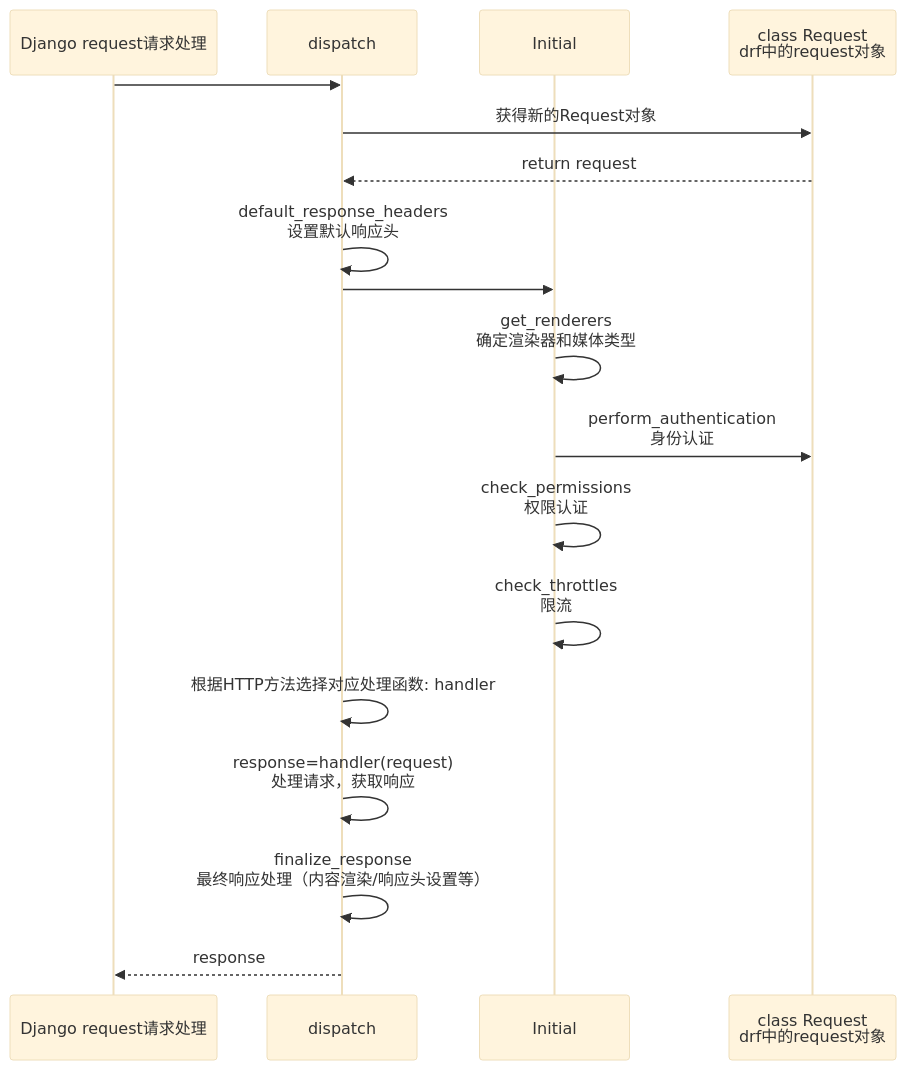
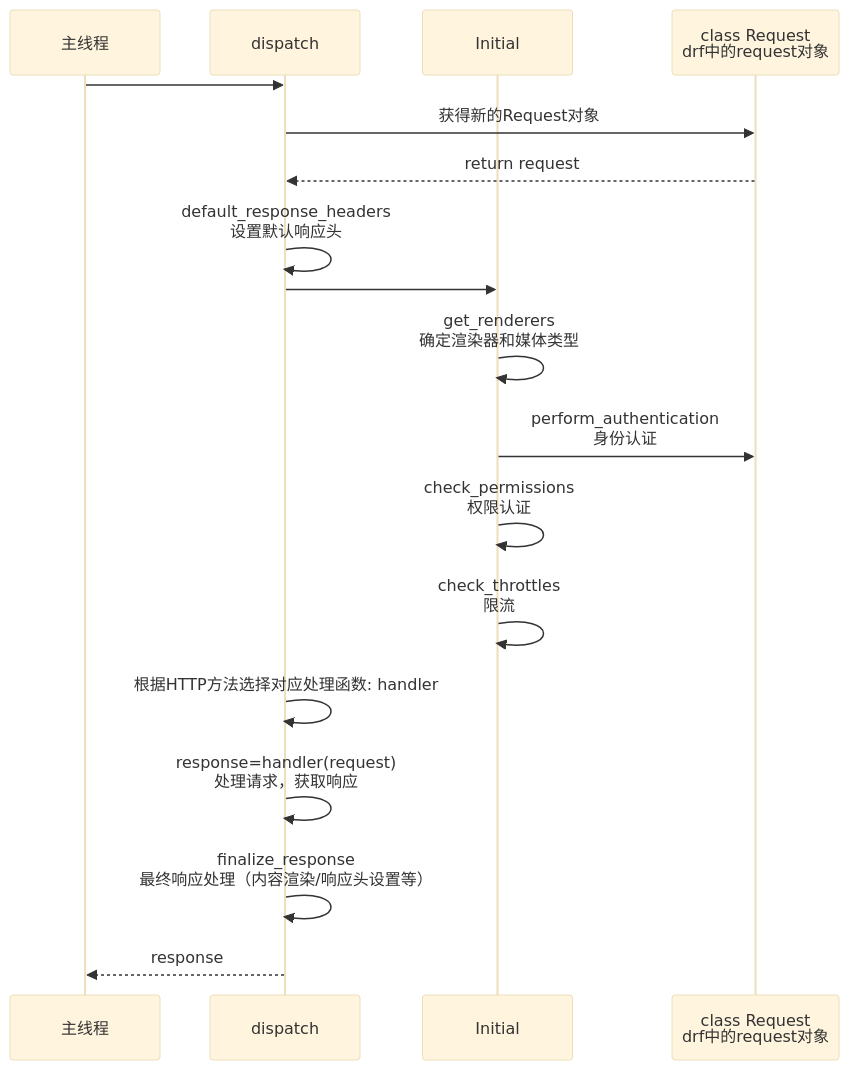
The second of 5 diagrams in docs/diagram/Views.md (HACK-WU/django-rest-framework), drawn with Mermaid (base theme) before and after one commit. The commit also changed other lines of this file, not shown here.

Commit message:
feat: 添加GenericAPIView 相关图解

````diff
--- a/docs/diagram/Views.md
+++ b/docs/diagram/Views.md
@@ -25,22 +25,22 @@
 ```mermaid
 sequenceDiagram
-    participant  A as Django request请求处理 
+    participant  A as 主线程 
     participant  B as dispatch
     participant  C as Initial
     participant  D as class Request<br>drf中的request对象
     
     A->>B: 
     B->>D: 获得新的Request对象
     D-->>B: return request
     B->>B: default_response_headers<br>设置默认响应头
     B->>C:  
     C->>C: get_renderers<br>确定渲染器和媒体类型
     C->>D: perform_authentication<br>身份认证
     C->>C: check_permissions<br>权限认证
     C->>C: check_throttles<br>限流
 
     B->>B: 根据HTTP方法选择对应处理函数: handler
     B->>B: response=handler(request)<br>处理请求，获取响应
     B->>B: finalize_response<br>最终响应处理（内容渲染/响应头设置等） 
     B-->>A: response
 ```
````
